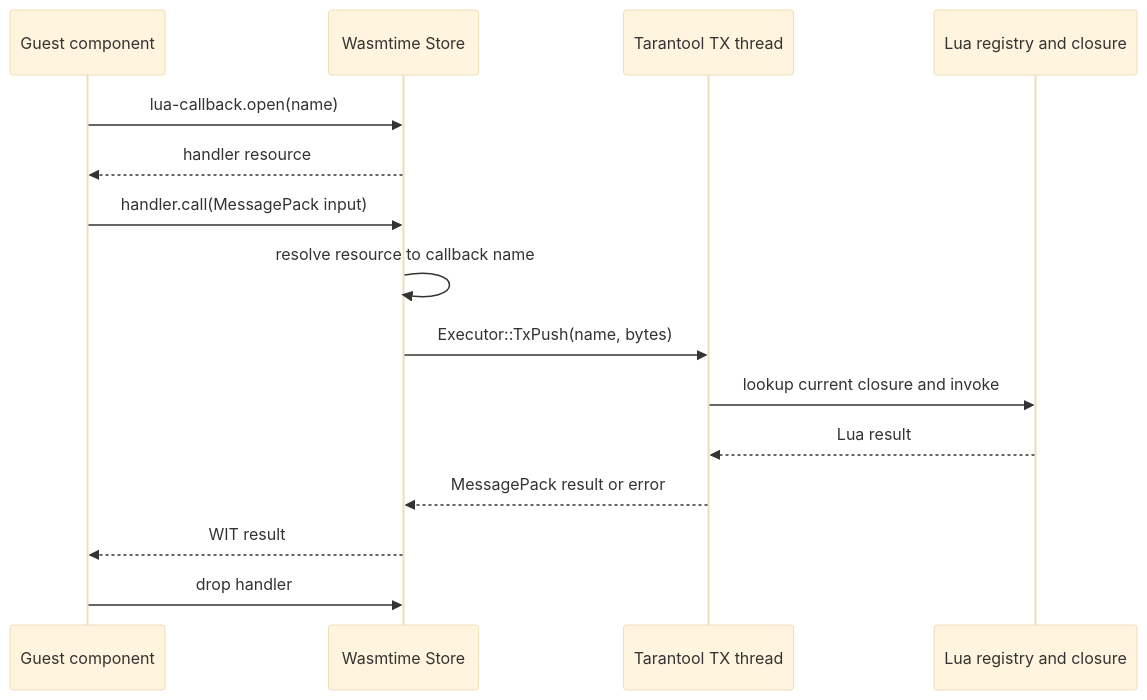
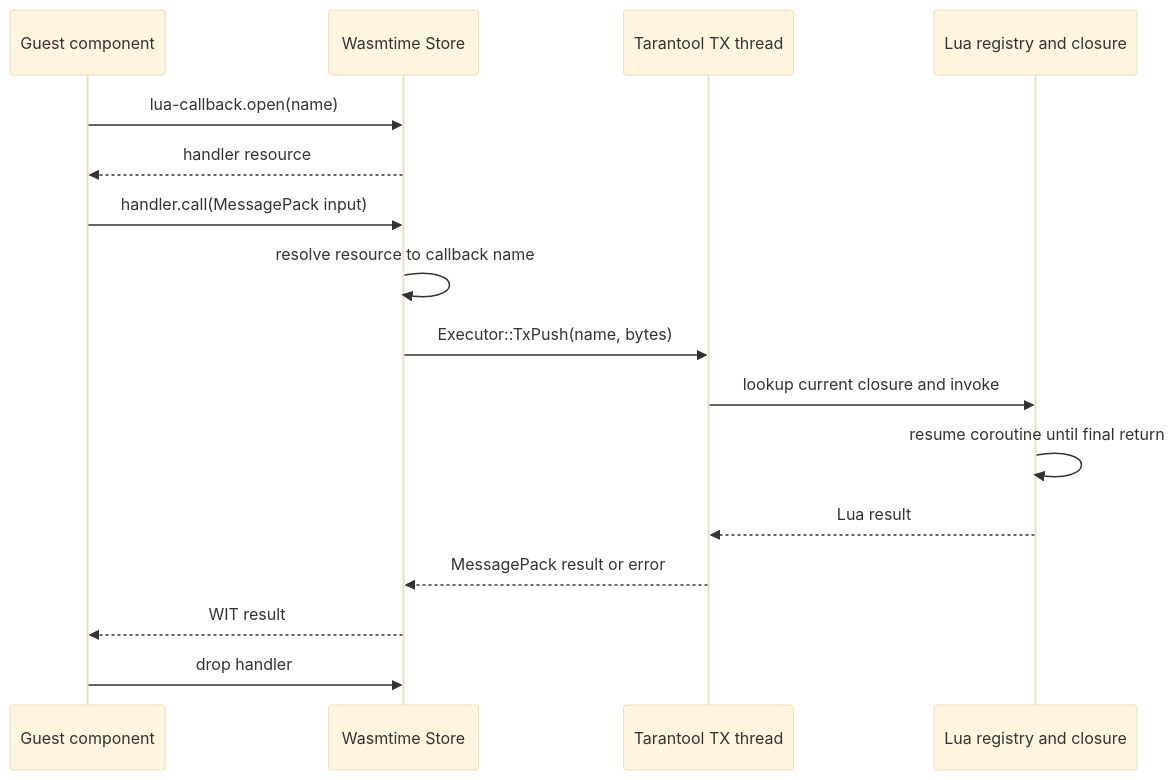
One commit to tarantool/tarantool-wasm-rs changed the diagram in docs/lua_callbacks.md. Above: the diagram before and after it, drawn with Mermaid (base theme). The commit also changed other lines of this file and 11 other files, not shown here.

````diff
--- a/docs/lua_callbacks.md
+++ b/docs/lua_callbacks.md
@@ -110,18 +114,19 @@
 ```mermaid
 sequenceDiagram
     participant Guest as Guest component
     participant Store as Wasmtime Store
     participant TX as Tarantool TX thread
     participant Lua as Lua registry and closure
 
     Guest->>Store: lua-callback.open(name)
     Store-->>Guest: handler resource
     Guest->>Store: handler.call(MessagePack input)
     Store->>Store: resolve resource to callback name
     Store->>TX: Executor::TxPush(name, bytes)
     TX->>Lua: lookup current closure and invoke
+    Lua->>Lua: resume coroutine until final return
     Lua-->>TX: Lua result
     TX-->>Store: MessagePack result or error
     Store-->>Guest: WIT result
     Guest->>Store: drop handler
 ```
````
